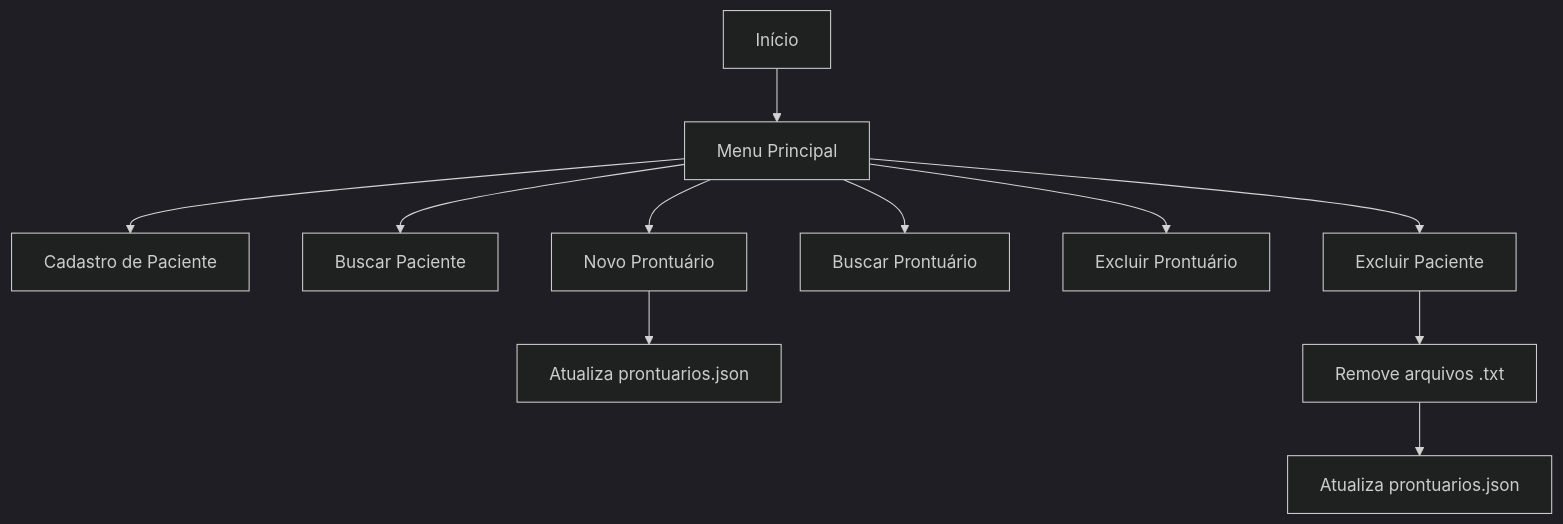
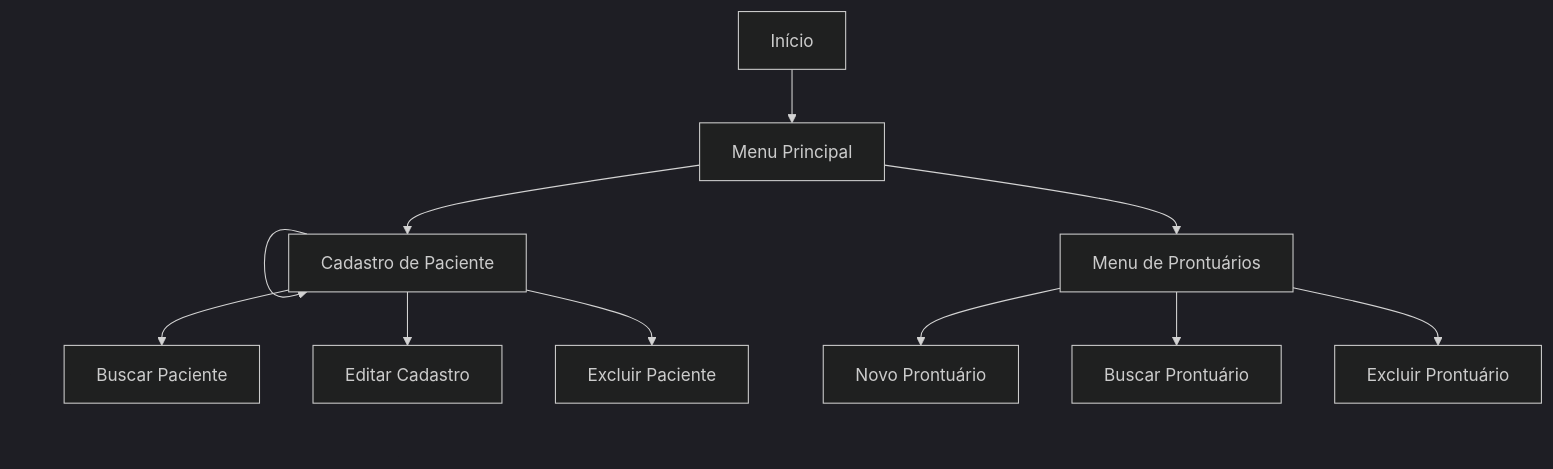
One commit to lucas-villar/sprint4-python changed the diagram in README.md. Above: the diagram before and after it, drawn with Mermaid (dark theme).

````diff
--- a/README.md
+++ b/README.md
@@ -40,13 +40,13 @@
 ```mermaid
 flowchart TD
     Start[Início] --> Menu[Menu Principal]
-    Menu --> Cadastro[Cadastro de Paciente]
-    Menu --> Buscar[Buscar Paciente]
-    Menu --> NovoProntuario[Novo Prontuário]
-    Menu --> BuscarProntuario[Buscar Prontuário]
-    Menu --> ExcluirProntuario[Excluir Prontuário]
-    Menu --> ExcluirCadastro[Excluir Paciente]
-    NovoProntuario --> AtualizaJSON[Atualiza prontuarios.json]
-    ExcluirCadastro --> RemoveTXT[Remove arquivos .txt]
-    RemoveTXT --> AtualizaJSON2[Atualiza prontuarios.json]
+    Menu --> Cadastro[Menu de Cadastro]
+    Menu --> Prontuários[Menu de Prontuários]
+    Cadastro --> Cadastro[Cadastro de Paciente]
+    Cadastro --> Buscar[Buscar Paciente]
+    Cadastro --> Editar[Editar Cadastro]
+    Cadastro --> ExcluirCadastro[Excluir Paciente]
+    Prontuários --> NovoProntuario[Novo Prontuário]
+    Prontuários --> BuscarProntuario[Buscar Prontuário]
+    Prontuários --> ExcluirProntuario[Excluir Prontuário]
 ```
````
